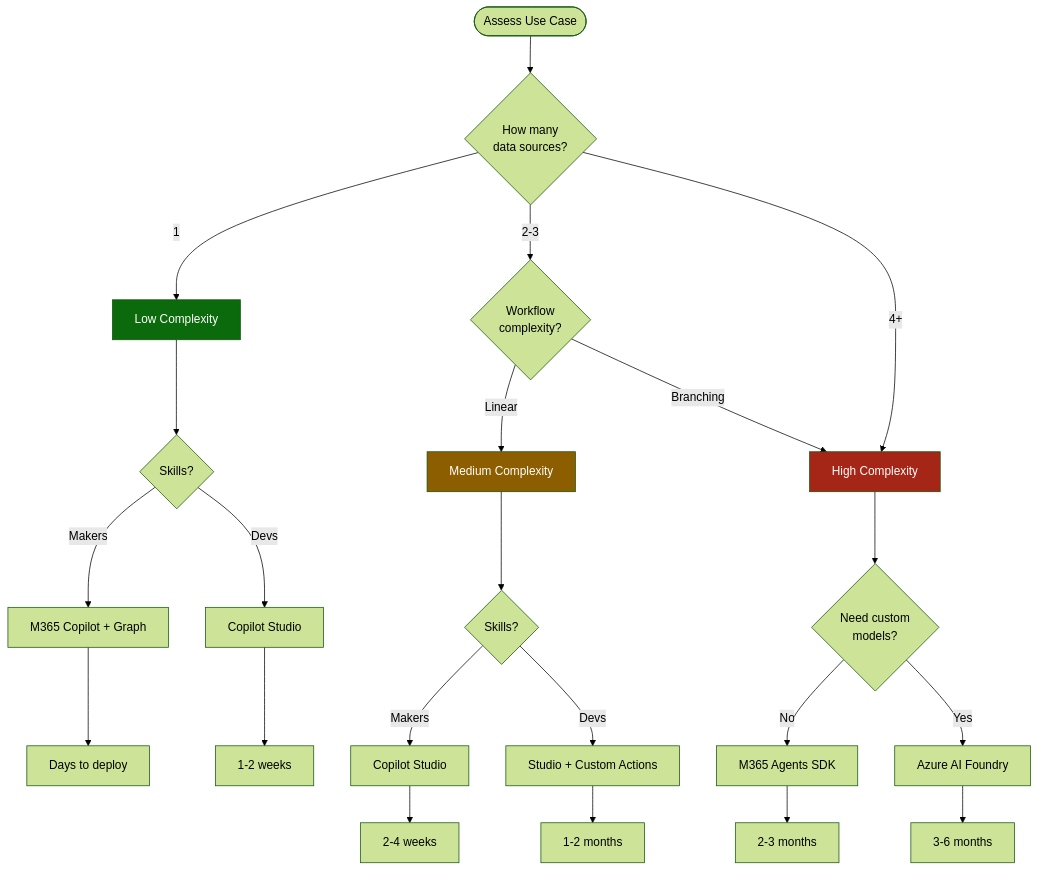
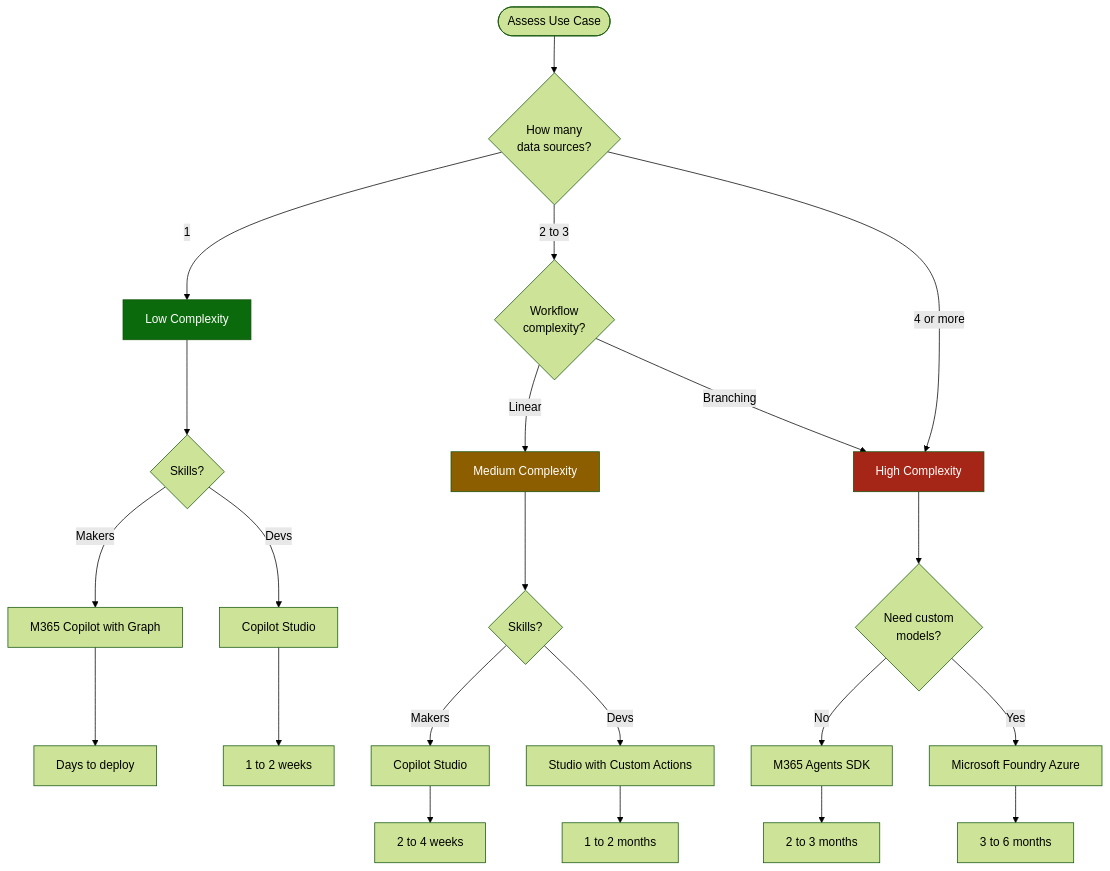
The fourth of 8 diagrams in docs/visual-framework.md (traya1/Microsoft-AI-Decision-Framework), drawn with Mermaid (forest theme) before and after one commit. The commit also changed other lines of this file and 20 other files, not shown here.

First line of the commit message:
Align docs and fix Mermaid diagram text (#19)

````diff
--- a/docs/visual-framework.md
+++ b/docs/visual-framework.md
@@ -431,34 +431,34 @@
 ```mermaid
 flowchart TD
     Start([Assess Use Case]) --> Q1{How many<br/>data sources?}
     
     Q1 -->|1| Simple
-    Q1 -->|2-3| Q2{Workflow<br/>complexity?}
-    Q1 -->|4+| Complex
+    Q1 -->|2 to 3| Q2{Workflow<br/>complexity?}
+    Q1 -->|4 or more| Complex
     
     Q2 -->|Linear| Medium
     Q2 -->|Branching| Complex
     
     Simple[Low Complexity] --> S_Tech{Skills?}
-    S_Tech -->|Makers| S_M365[M365 Copilot + Graph]
+    S_Tech -->|Makers| S_M365[M365 Copilot with Graph]
     S_Tech -->|Devs| S_Studio[Copilot Studio]
     
     Medium[Medium Complexity] --> M_Tech{Skills?}
     M_Tech -->|Makers| M_Studio[Copilot Studio]
-    M_Tech -->|Devs| M_SDK[Studio + Custom Actions]
+    M_Tech -->|Devs| M_SDK[Studio with Custom Actions]
     
     Complex[High Complexity] --> C_Tech{Need custom<br/>models?}
     C_Tech -->|No| C_SDK[M365 Agents SDK]
-    C_Tech -->|Yes| C_Foundry[Azure AI Foundry]
+    C_Tech -->|Yes| C_Foundry[Microsoft Foundry Azure]
     
     S_M365 --> Timeline1[Days to deploy]
-    S_Studio --> Timeline2[1-2 weeks]
-    M_Studio --> Timeline3[2-4 weeks]
-    M_SDK --> Timeline4[1-2 months]
-    C_SDK --> Timeline5[2-3 months]
-    C_Foundry --> Timeline6[3-6 months]
+    S_Studio --> Timeline2[1 to 2 weeks]
+    M_Studio --> Timeline3[2 to 4 weeks]
+    M_SDK --> Timeline4[1 to 2 months]
+    C_SDK --> Timeline5[2 to 3 months]
+    C_Foundry --> Timeline6[3 to 6 months]
     
     style Simple fill:#0b6a0b,color:#fff
     style Medium fill:#8c5e00,color:#fff
     style Complex fill:#a52617,color:#fff
 ```
````
